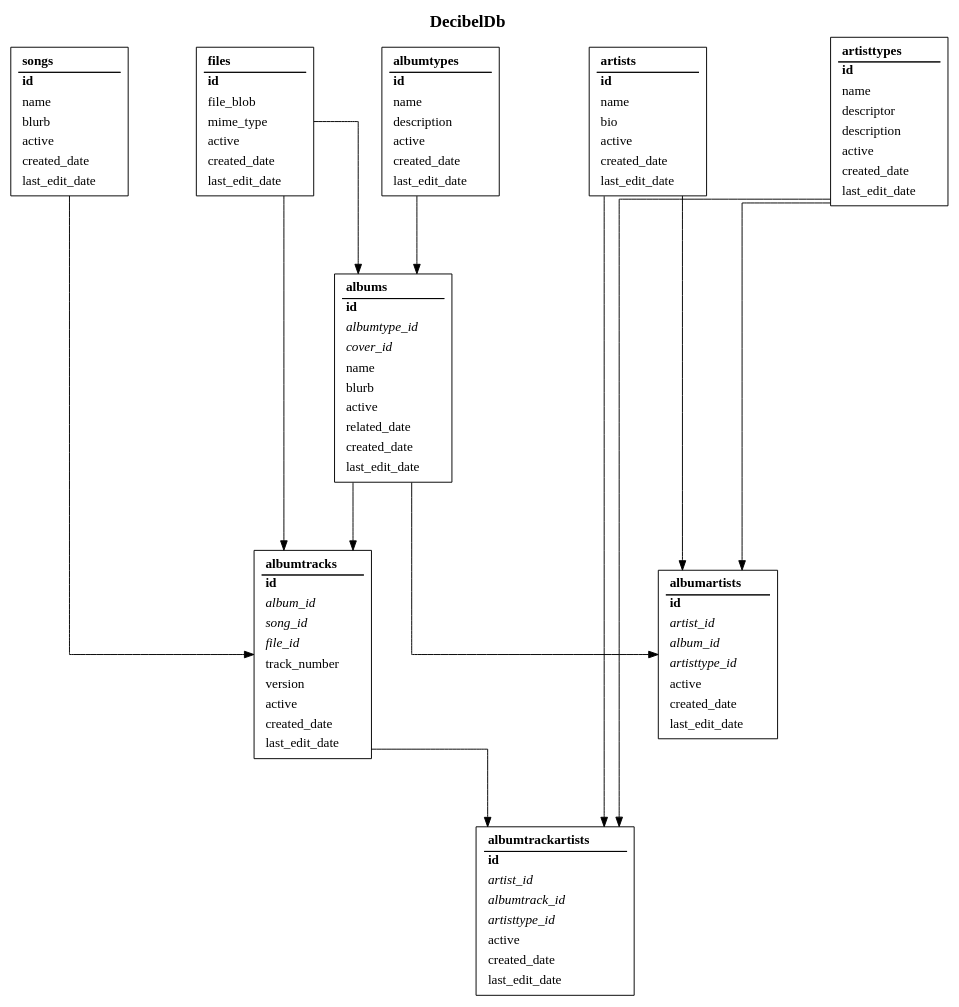
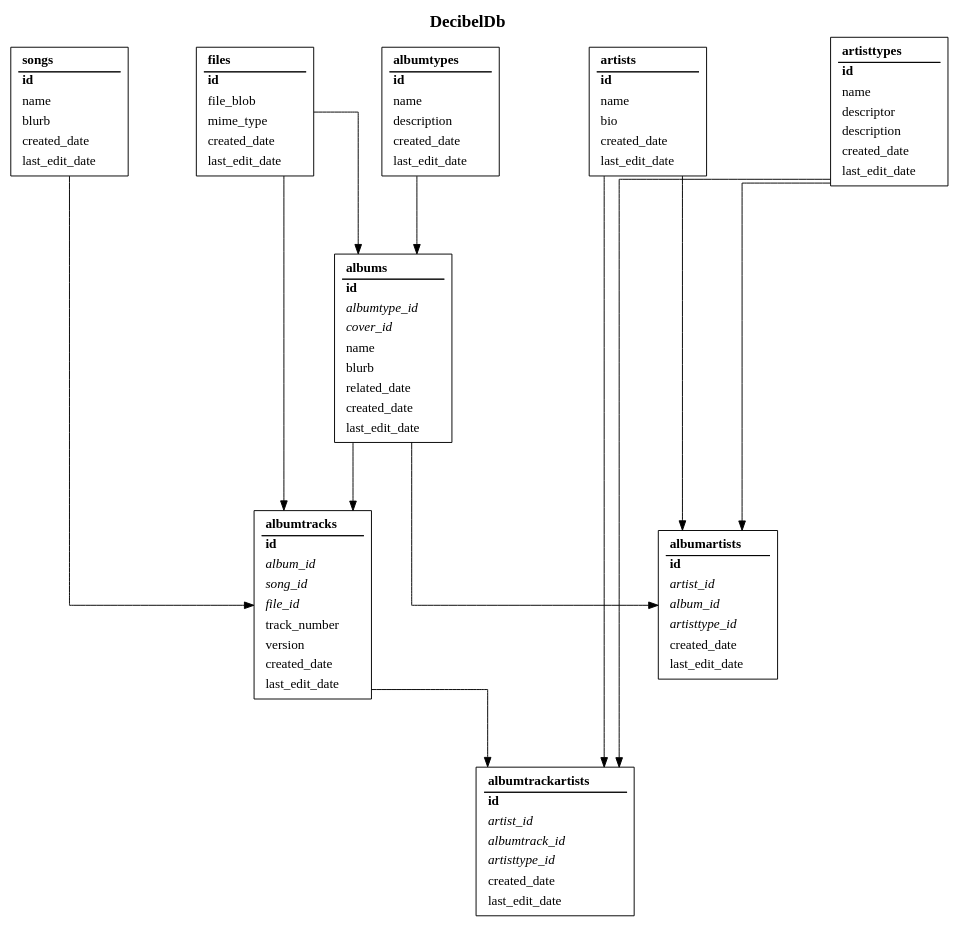
The diagram in db_designs/decibel-db.gv (frankiebaffa/decibel_db), drawn with Graphviz before and after one commit.

Commit message:
rename gv file

```diff
--- a/db_designs/decibel-db.gv
+++ b/db_designs/decibel-db.gv
@@ -1,141 +1,132 @@
 digraph Music {
 	compound=true;
 	node[colorscheme=dark28;shape=rectangle];
 	edge[colorscheme=dark28];
 	label=<<b>DecibelDb</b>>;
 	fontsize=18;
 	labelloc=t;
 	splines=ortho;
 	ranksep=1;
 	nodesep=1;
 	rankdir=TB;
 	Artists[label=<
 		<table border="0">
 			<tr><td align="left"><b>artists</b></td></tr>
 			<hr />
 			<tr><td align="left"><b>id</b></td></tr>
 			<tr><td align="left">name</td></tr>
 			<tr><td align="left">bio</td></tr>
-			<tr><td align="left">active</td></tr>
 			<tr><td align="left">created_date</td></tr>
 			<tr><td align="left">last_edit_date</td></tr>
 		</table>
 	>];
 	ArtistTypes[label=<
 		<table border="0">
 			<tr><td align="left"><b>artisttypes</b></td></tr>
 			<hr />
 			<tr><td align="left"><b>id</b></td></tr>
 			<tr><td align="left">name</td></tr>
 			<tr><td align="left">descriptor</td></tr>
 			<tr><td align="left">description</td></tr>
-			<tr><td align="left">active</td></tr>
 			<tr><td align="left">created_date</td></tr>
 			<tr><td align="left">last_edit_date</td></tr>
 		</table>
 	>];
 	AlbumTypes[label=<
 		<table border="0">
 			<tr><td align="left"><b>albumtypes</b></td></tr>
 			<hr />
 			<tr><td align="left"><b>id</b></td></tr>
 			<tr><td align="left">name</td></tr>
 			<tr><td align="left">description</td></tr>
-			<tr><td align="left">active</td></tr>
 			<tr><td align="left">created_date</td></tr>
 			<tr><td align="left">last_edit_date</td></tr>
 		</table>
 	>];
 	Files[label=<
 		<table border="0">
 			<tr><td align="left"><b>files</b></td></tr>
 			<hr />
 			<tr><td align="left"><b>id</b></td></tr>
 			<tr><td align="left">file_blob</td></tr>
 			<tr><td align="left">mime_type</td></tr>
-			<tr><td align="left">active</td></tr>
 			<tr><td align="left">created_date</td></tr>
 			<tr><td align="left">last_edit_date</td></tr>
 		</table>
 	>];
 	Songs[label=<
 		<table border="0">
 			<tr><td align="left"><b>songs</b></td></tr>
 			<hr />
 			<tr><td align="left"><b>id</b></td></tr>
 			<tr><td align="left">name</td></tr>
 			<tr><td align="left">blurb</td></tr>
-			<tr><td align="left">active</td></tr>
 			<tr><td align="left">created_date</td></tr>
 			<tr><td align="left">last_edit_date</td></tr>
 		</table>
 	>];
 	{rank=same;Artists;ArtistTypes;AlbumTypes;Files;Songs;}
 	Albums[label=<
 		<table border="0">
 			<tr><td align="left"><b>albums</b></td></tr>
 			<hr />
 			<tr><td align="left"><b>id</b></td></tr>
 			<tr><td align="left"><i>albumtype_id</i></td></tr>
 			<tr><td align="left"><i>cover_id</i></td></tr>
 			<tr><td align="left">name</td></tr>
 			<tr><td align="left">blurb</td></tr>
-			<tr><td align="left">active</td></tr>
 			<tr><td align="left">related_date</td></tr>
 			<tr><td align="left">created_date</td></tr>
 			<tr><td align="left">last_edit_date</td></tr>
 		</table>
 	>];
 	AlbumTypes->Albums;
 	Files->Albums;
 	AlbumArtists[label=<
 		<table border="0">
 			<tr><td align="left"><b>albumartists</b></td></tr>
 			<hr />
 			<tr><td align="left"><b>id</b></td></tr>
 			<tr><td align="left"><i>artist_id</i></td></tr>
 			<tr><td align="left"><i>album_id</i></td></tr>
 			<tr><td align="left"><i>artisttype_id</i></td></tr>
-			<tr><td align="left">active</td></tr>
 			<tr><td align="left">created_date</td></tr>
 			<tr><td align="left">last_edit_date</td></tr>
 		</table>
 	>];
 	Artists->AlbumArtists;
 	Albums->AlbumArtists;
 	ArtistTypes->AlbumArtists;
 	AlbumTracks[label=<
 		<table border="0">
 			<tr><td align="left"><b>albumtracks</b></td></tr>
 			<hr />
 			<tr><td align="left"><b>id</b></td></tr>
 			<tr><td align="left"><i>album_id</i></td></tr>
 			<tr><td align="left"><i>song_id</i></td></tr>
 			<tr><td align="left"><i>file_id</i></td></tr>
 			<tr><td align="left">track_number</td></tr>
 			<tr><td align="left">version</td></tr>
-			<tr><td align="left">active</td></tr>
 			<tr><td align="left">created_date</td></tr>
 			<tr><td align="left">last_edit_date</td></tr>
 		</table>
 	>];
 	Albums->AlbumTracks;
 	Songs->AlbumTracks;
 	Files->AlbumTracks;
 	AlbumTrackArtists[label=<
 		<table border="0">
 			<tr><td align="left"><b>albumtrackartists</b></td></tr>
 			<hr />
 			<tr><td align="left"><b>id</b></td></tr>
 			<tr><td align="left"><i>artist_id</i></td></tr>
 			<tr><td align="left"><i>albumtrack_id</i></td></tr>
 			<tr><td align="left"><i>artisttype_id</i></td></tr>
-			<tr><td align="left">active</td></tr>
 			<tr><td align="left">created_date</td></tr>
 			<tr><td align="left">last_edit_date</td></tr>
 		</table>
 	>];
 	Artists->AlbumTrackArtists;
 	AlbumTracks->AlbumTrackArtists;
 	ArtistTypes->AlbumTrackArtists;
 }
```
